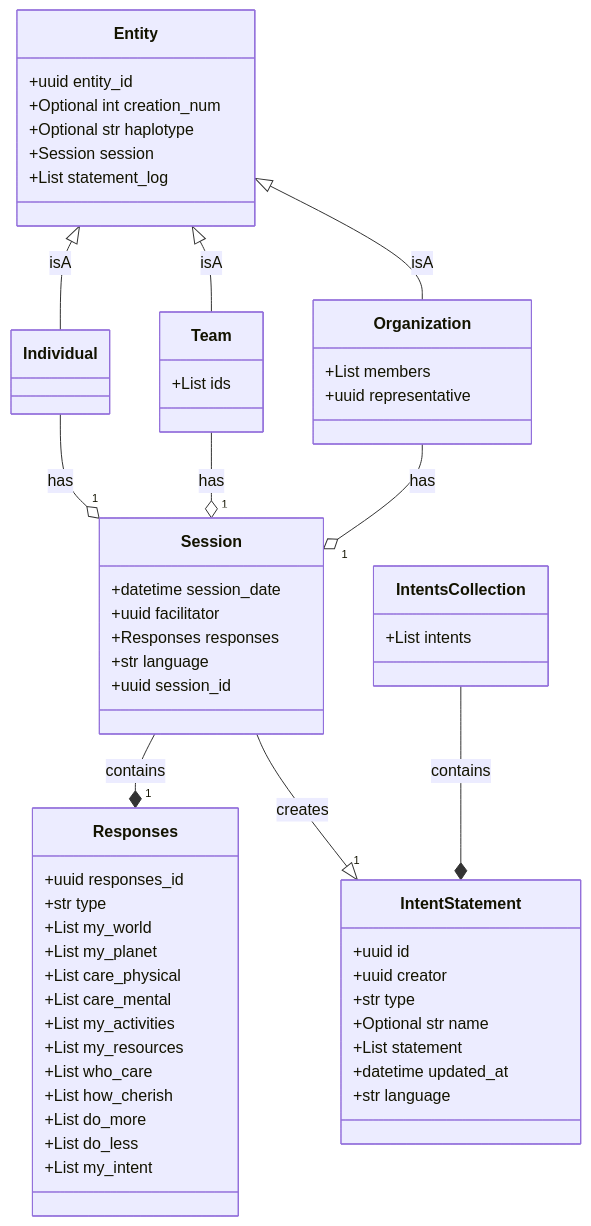
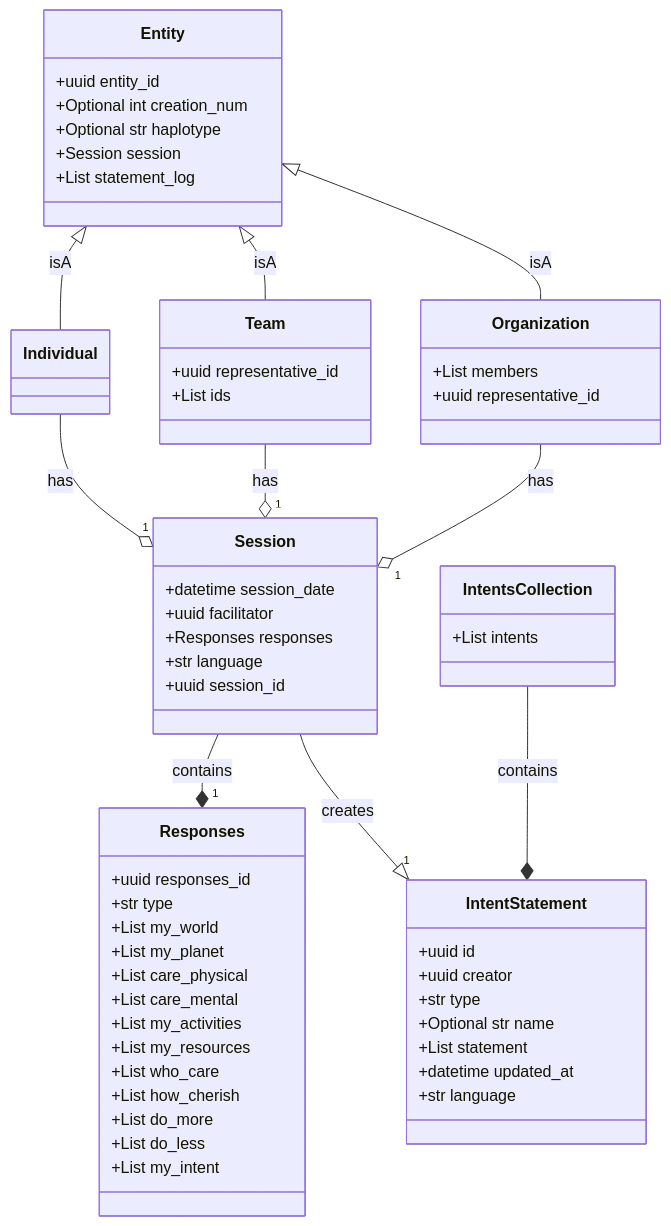
Before and after one commit to drew-wks/intent-for-the-planet: the diagram in docs/data_models_diagram.md, drawn with Mermaid.

````diff
--- a/docs/data_models_diagram.md
+++ b/docs/data_models_diagram.md
@@ -5,63 +5,64 @@
 ```mermaid
 classDiagram
     class Entity {
         +uuid entity_id
         +Optional int creation_num
         +Optional str haplotype
         +Session session
         +List statement_log
     }
     class Individual {
     }
     class Team {
+        +uuid representative_id
         +List ids
     }
     class Organization {
         +List members
-        +uuid representative
+        +uuid representative_id
     }
     class Session {
         +datetime session_date
         +uuid facilitator
         +Responses responses
         +str language
         +uuid session_id
     }
     class Responses {
         +uuid responses_id
         +str type
         +List my_world
         +List my_planet
         +List care_physical
         +List care_mental
         +List my_activities
         +List my_resources
         +List who_care
         +List how_cherish
         +List do_more
         +List do_less
         +List my_intent
     }
     class IntentStatement {
         +uuid id
         +uuid creator
         +str type
         +Optional str name
         +List statement
         +datetime updated_at
         +str language
     }
     class IntentsCollection {
         +List intents
     }
     IntentsCollection --* IntentStatement : contains
     Session --* "1" Responses : contains
     Entity <|-- Individual : isA
     Entity <|-- Team : isA
     Entity <|-- Organization : isA
     Session--|> "1" IntentStatement : creates
     Individual --o "1" Session : has
     Team --o "1" Session : has
     Organization --o "1" Session : has
 
 ```
````
